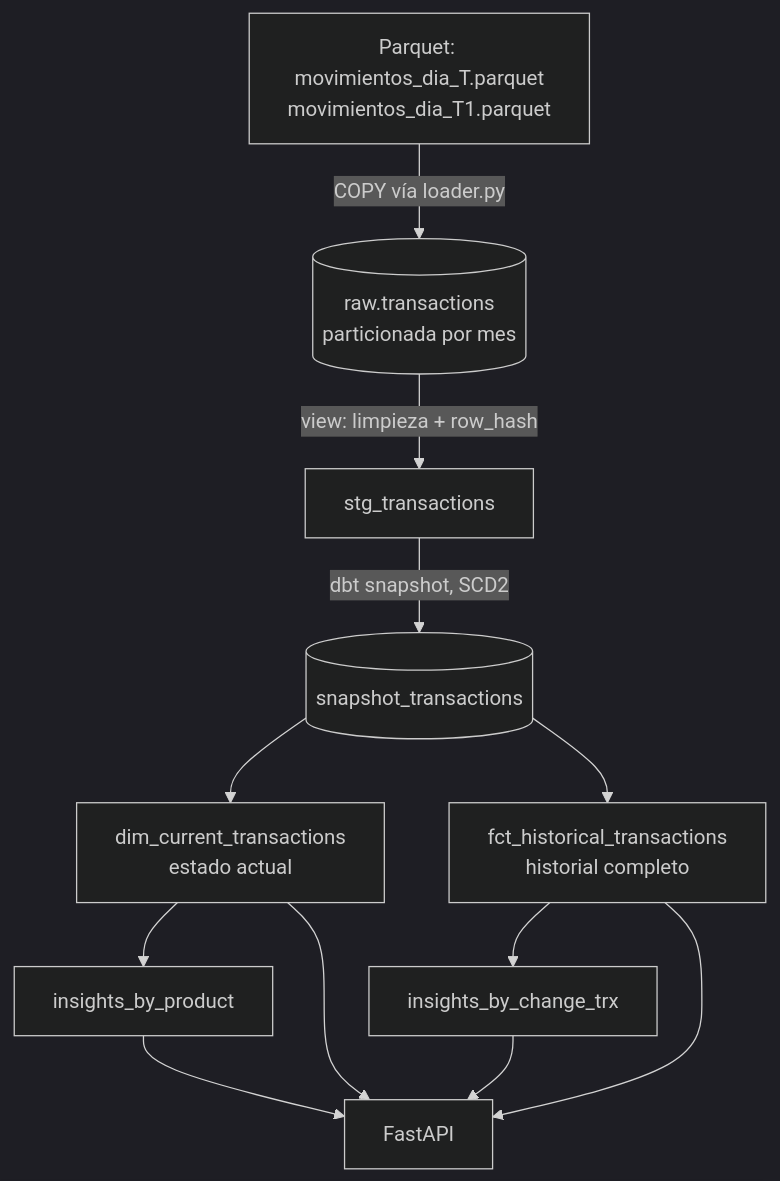
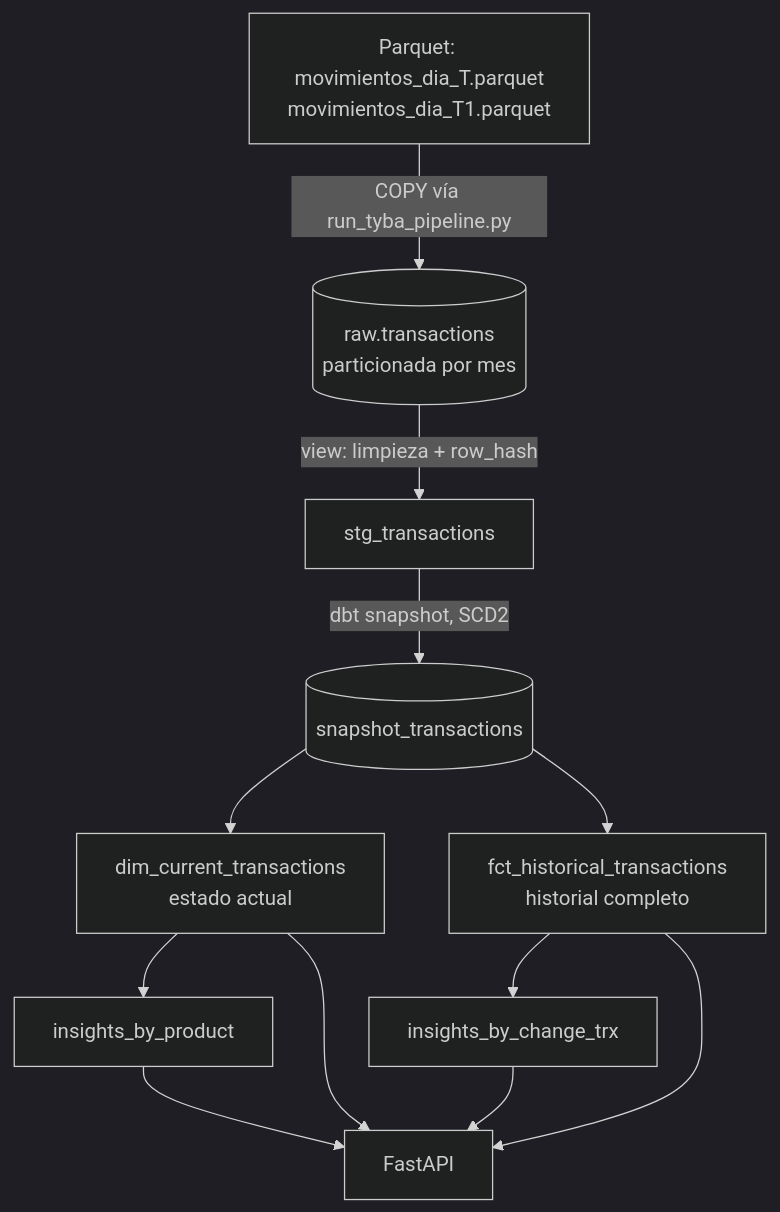
The diagram in app/README.md (edwinmesa/tyba_dev), drawn with Mermaid (dark theme) before and after one commit. The commit also changed other lines of this file and 12 other files, not shown here.

````diff
--- a/app/README.md
+++ b/app/README.md
@@ -12,14 +24,14 @@
 ```mermaid
 flowchart TD
-    A[Parquet: movimientos_dia_T.parquet<br/>movimientos_dia_T1.parquet] -->|COPY vía loader.py| B[(raw.transactions<br/>particionada por mes)]
+    A[Parquet: movimientos_dia_T.parquet<br/>movimientos_dia_T1.parquet] -->|COPY vía run_tyba_pipeline.py| B[(raw.transactions<br/>particionada por mes)]
     B -->|view: limpieza + row_hash| C[stg_transactions]
     C -->|dbt snapshot, SCD2| D[(snapshot_transactions)]
     D --> E[dim_current_transactions<br/>estado actual]
     D --> F[fct_historical_transactions<br/>historial completo]
     E --> G[insights_by_product]
     F --> H[insights_by_change_trx]
     E --> I[FastAPI]
     F --> I
     G --> I
     H --> I
 ```
````
